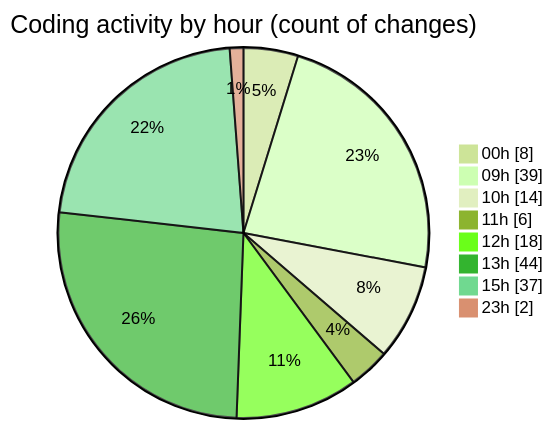
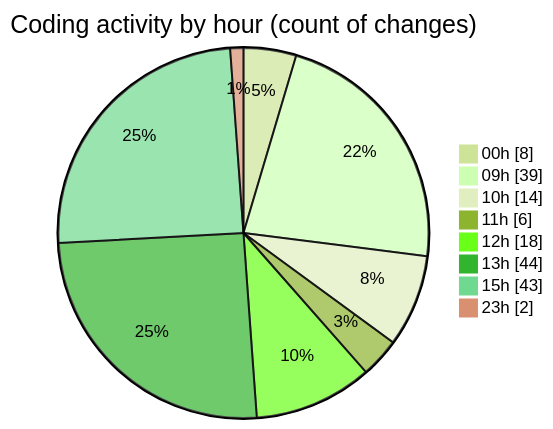
One commit to momahboobian/code-tracking changed the second of 2 diagrams in 2025-12-18/cda/README.md. Above: the diagram before and after it, drawn with Mermaid (forest theme). The commit also changed other lines of this file and 1 other file, not shown here.

````diff
--- a/2025-12-18/cda/README.md
+++ b/2025-12-18/cda/README.md
@@ -88,12 +93,12 @@
 ```mermaid
 pie showData
 title Coding activity by hour (count of changes)
 "00h" : 8
 "09h" : 39
 "10h" : 14
 "11h" : 6
 "12h" : 18
 "13h" : 44
-"15h" : 37
+"15h" : 43
 "23h" : 2
 ```
````
